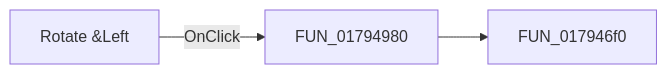
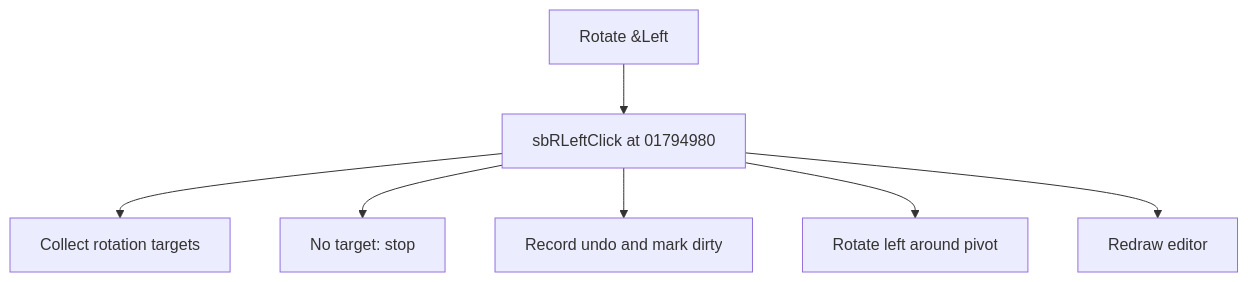
The diagram in docs/ui-controls/shapeedit/mnrotateleft-94ea372d1f.md (MovGP0/TIARA), drawn with Mermaid before and after one commit. The commit also changed other lines of this file and 1062 other files, not shown here.

````diff
--- a/docs/ui-controls/shapeedit/mnrotateleft-94ea372d1f.md
+++ b/docs/ui-controls/shapeedit/mnrotateleft-94ea372d1f.md
@@ -27,5 +27,9 @@
 ```mermaid
-flowchart LR
-    control["Rotate &Left"] -->|OnClick| handler["FUN_01794980"]
-    handler --> call1["FUN_017946f0"]
+flowchart TD
+    control["Rotate &Left"] --> handler["sbRLeftClick at 01794980"]
+    handler --> step1["Collect rotation targets"]
+    handler --> step2["No target: stop"]
+    handler --> step3["Record undo and mark dirty"]
+    handler --> step4["Rotate left around pivot"]
+    handler --> step5["Redraw editor"]
 ```
````
